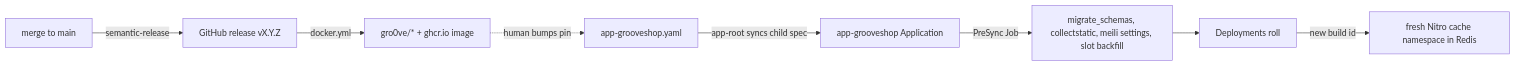
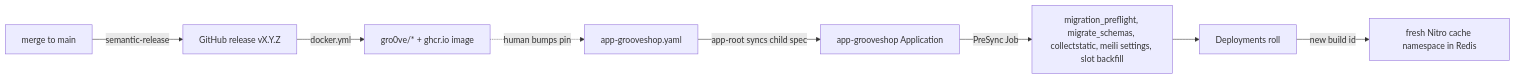
Before and after one commit to vasilistotskas/grooveshop-docs: the diagram in src/dev/operations/deploying.md, drawn with Mermaid. The commit also changed other lines of this file and 4 other files, not shown here.

First line of the commit message:
docs: address checks at checkout and in the admin, and the migration preflight

````diff
--- a/src/dev/operations/deploying.md
+++ b/src/dev/operations/deploying.md
@@ -16,10 +16,10 @@
 ```mermaid
 flowchart LR
   M[merge to main] -->|semantic-release| R[GitHub release vX.Y.Z]
   R -->|docker.yml| I[gro0ve/* + ghcr.io image]
   I -.->|human bumps pin| P[app-grooveshop.yaml]
   P -->|app-root syncs child spec| A[app-grooveshop Application]
-  A -->|PreSync Job| H[migrate_schemas, collectstatic, meili settings, slot backfill]
+  A -->|PreSync Job| H[migration_preflight, migrate_schemas, collectstatic, meili settings, slot backfill]
   H --> D[Deployments roll]
   D -->|new build id| C[fresh Nitro cache namespace in Redis]
 ```
````
